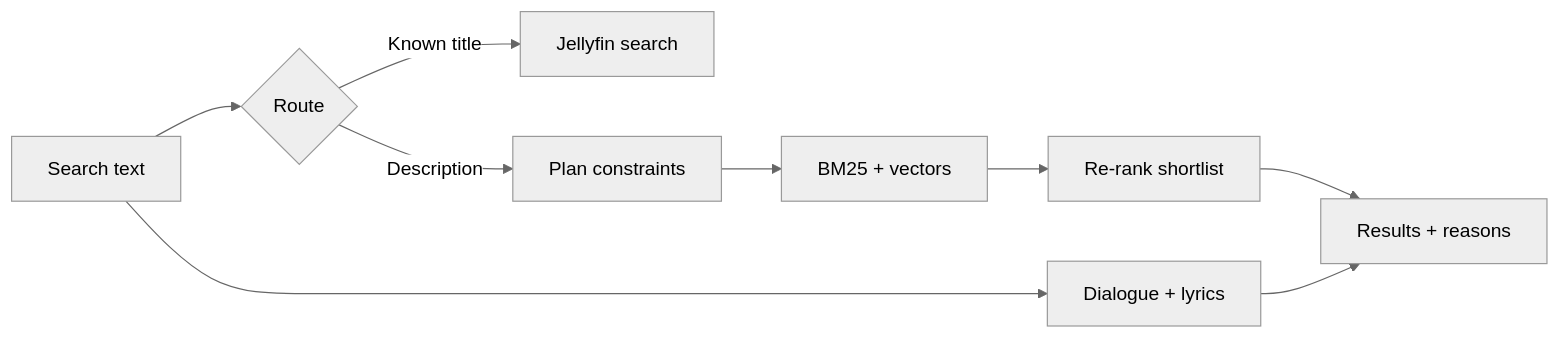
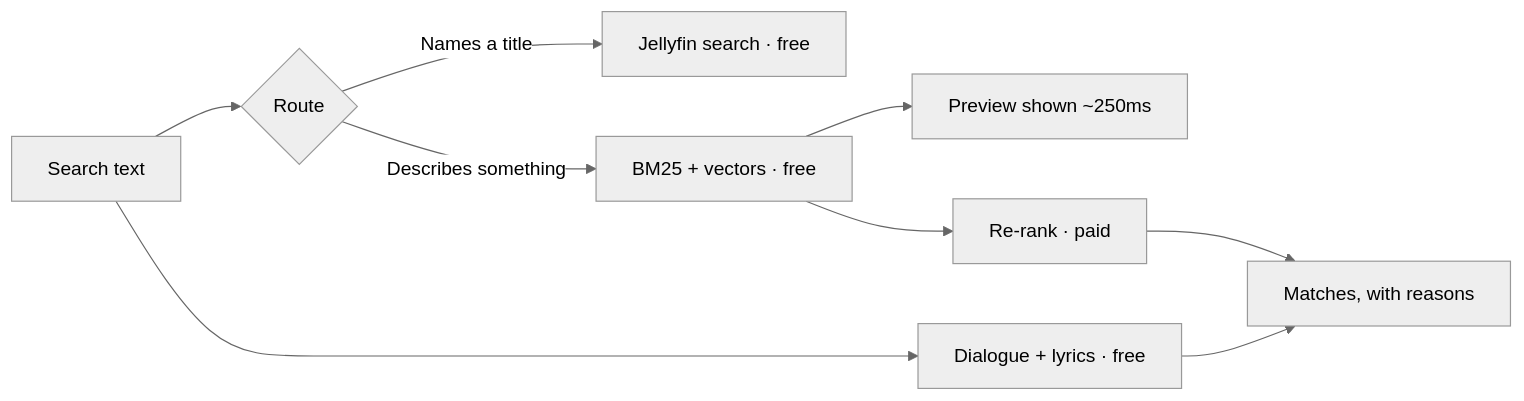
The diagram in README.md (nitramivel/jellyfin-concierge), drawn with Mermaid (neutral theme) before and after one commit. The commit also changed other lines of this file and 2 other files, not shown here.

````diff
--- a/README.md
+++ b/README.md
@@ -35,11 +34,11 @@
 ```mermaid
 flowchart LR
     Q[Search text] --> R{Route}
-    R -->|Known title| N[Jellyfin search]
-    R -->|Description| P[Plan constraints]
-    P --> H[BM25 + vectors]
-    H --> K[Re-rank shortlist]
-    K --> O[Results + reasons]
-    Q --> D[Dialogue + lyrics]
+    R -->|Names a title| N[Jellyfin search · free]
+    R -->|Describes something| F[BM25 + vectors · free]
+    F --> V[Preview shown ~250ms]
+    F --> K[Re-rank · paid]
+    K --> O[Matches, with reasons]
+    Q --> D[Dialogue + lyrics · free]
     D --> O
 ```
````
